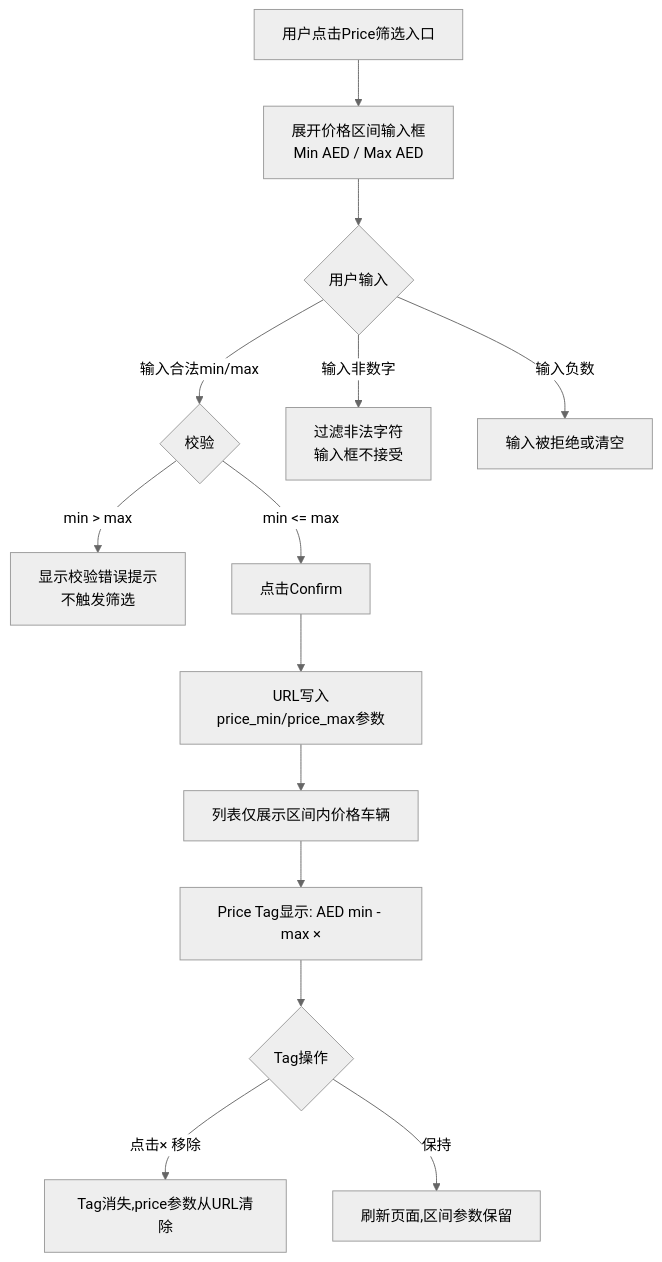
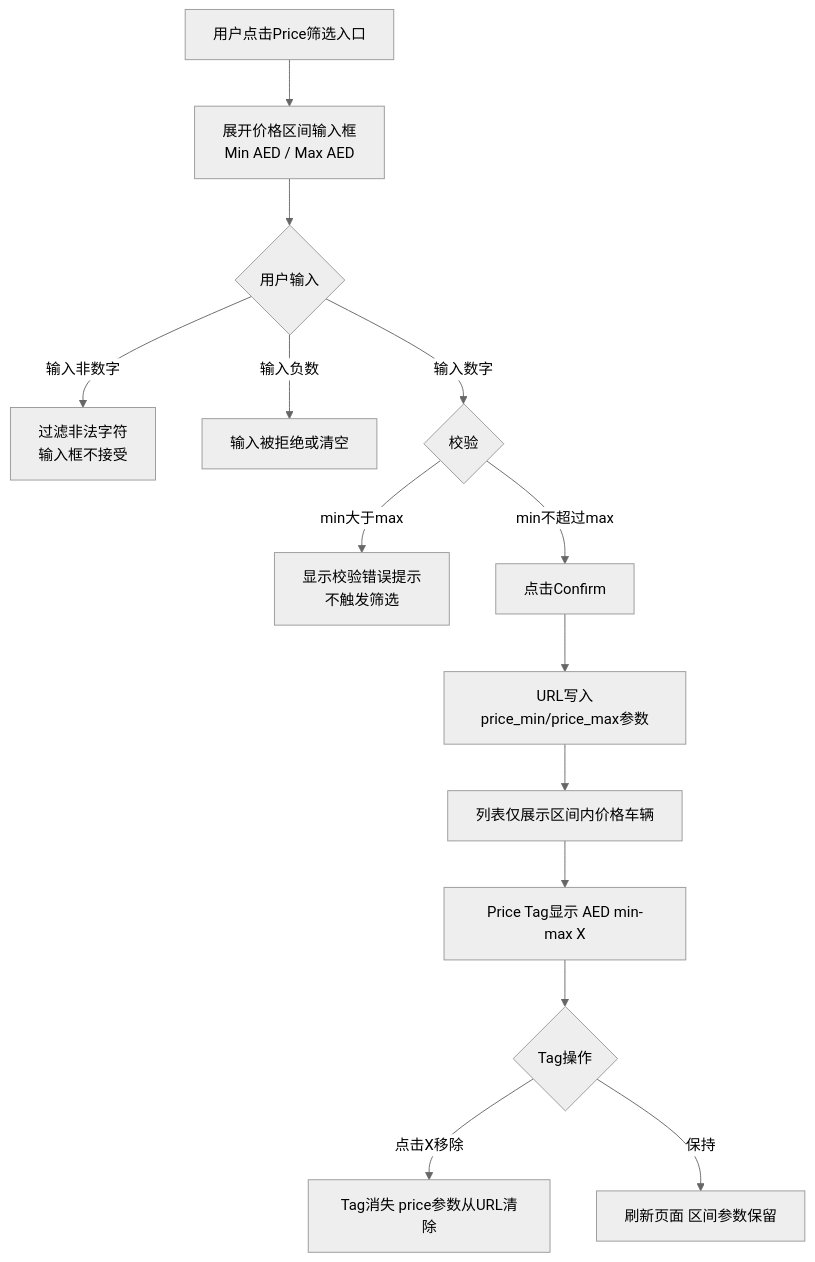
One commit to jiadan-user/jiacangku changed the fifth of 8 diagrams in bundled/knowledge_base/业务知识图谱/车辆业务域/车辆浏览业务流程.md. Above: the diagram before and after it, drawn with Mermaid (neutral theme). The commit also changed other lines of this file, not shown here.

Commit message:
车列表知识库图谱更新3.0

````diff
--- a/bundled/knowledge_base/业务知识图谱/车辆业务域/车辆浏览业务流程.md
+++ b/bundled/knowledge_base/业务知识图谱/车辆业务域/车辆浏览业务流程.md
@@ -219,16 +294,16 @@
 ```mermaid
 graph TD
     A[用户点击Price筛选入口] --> B[展开价格区间输入框\nMin AED / Max AED]
     B --> C{用户输入}
-    C -->|输入合法min/max| D{校验}
     C -->|输入非数字| E[过滤非法字符\n输入框不接受]
     C -->|输入负数| F[输入被拒绝或清空]
-    D -->|min > max| G[显示校验错误提示\n不触发筛选]
-    D -->|min <= max| H[点击Confirm]
+    C -->|输入数字| D{校验}
+    D -->|min大于max| G[显示校验错误提示\n不触发筛选]
+    D -->|min不超过max| H[点击Confirm]
     H --> I[URL写入price_min/price_max参数]
     I --> J[列表仅展示区间内价格车辆]
-    J --> K[Price Tag显示: AED min - max ×]
+    J --> K[Price Tag显示 AED min-max X]
     K --> L{Tag操作}
-    L -->|点击× 移除| M[Tag消失,price参数从URL清除]
-    L -->|保持| N[刷新页面,区间参数保留]
+    L -->|点击X移除| M[Tag消失 price参数从URL清除]
+    L -->|保持| N[刷新页面 区间参数保留]
 ```
````
